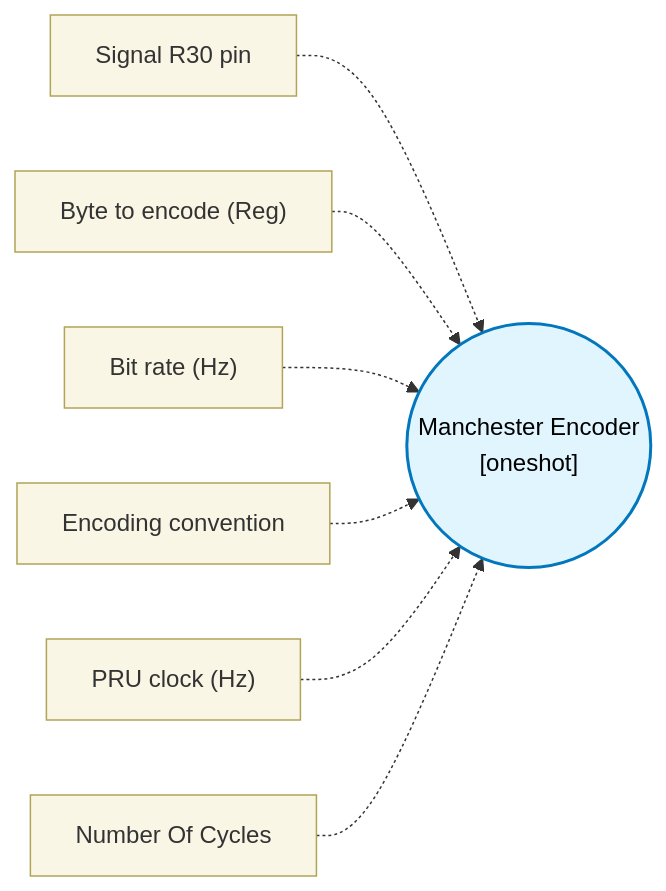
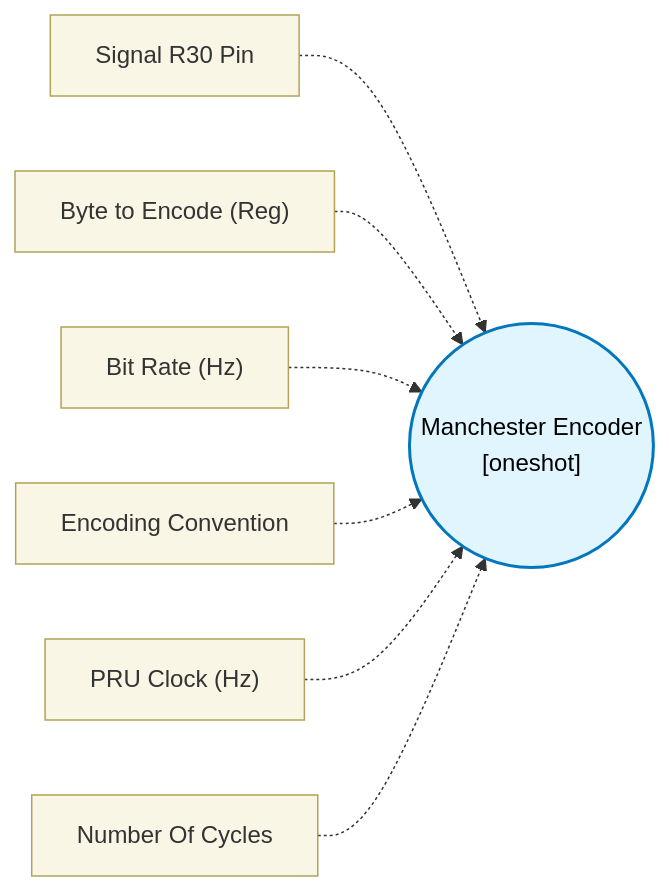
One commit to TexasInstruments/pru-no-code-tool changed the diagram in docs/block-reference/blocks/manchester_block/design.md. Above: the diagram before and after it, drawn with Mermaid. The commit also changed other lines of this file and 89 other files, not shown here.

````diff
--- a/docs/block-reference/blocks/manchester_block/design.md
+++ b/docs/block-reference/blocks/manchester_block/design.md
@@ -11,12 +11,12 @@
 ```mermaid
 flowchart LR
   classDef config fill:#f9f6e5,stroke:#b1a457,stroke-width:1px,color:#333;
   classDef core fill:#e1f5fe,stroke:#0277bd,stroke-width:2px,color:#000;
   CORE(("Manchester Encoder\n[oneshot]")):::core
-  CFG0["Signal R30 pin"]:::config -.-> CORE
-  CFG1["Byte to encode (Reg)"]:::config -.-> CORE
-  CFG2["Bit rate (Hz)"]:::config -.-> CORE
-  CFG3["Encoding convention"]:::config -.-> CORE
-  CFG4["PRU clock (Hz)"]:::config -.-> CORE
+  CFG0["Signal R30 Pin"]:::config -.-> CORE
+  CFG1["Byte to Encode (Reg)"]:::config -.-> CORE
+  CFG2["Bit Rate (Hz)"]:::config -.-> CORE
+  CFG3["Encoding Convention"]:::config -.-> CORE
+  CFG4["PRU Clock (Hz)"]:::config -.-> CORE
   CFG5["Number Of Cycles"]:::config -.-> CORE
 ```
````
